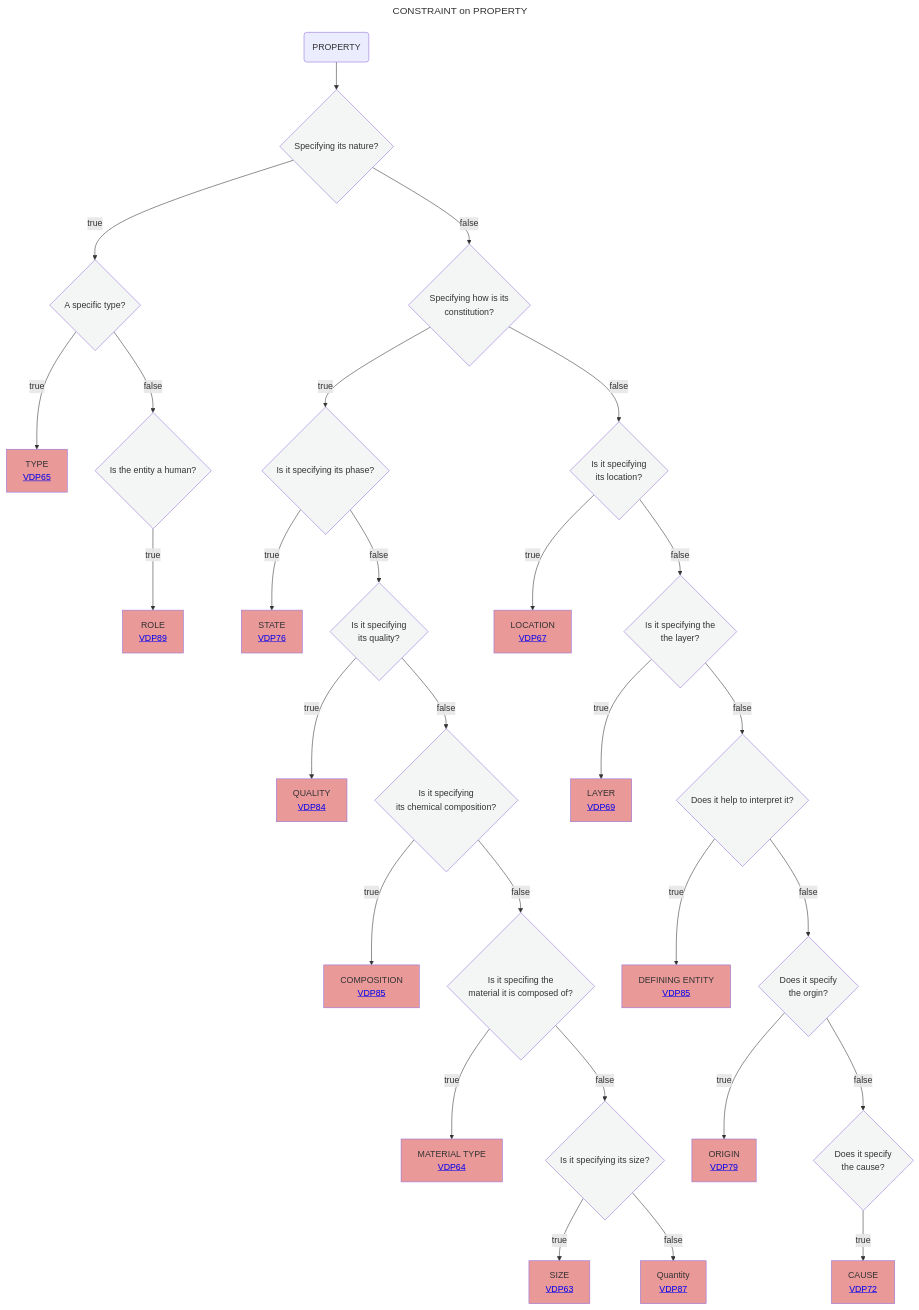
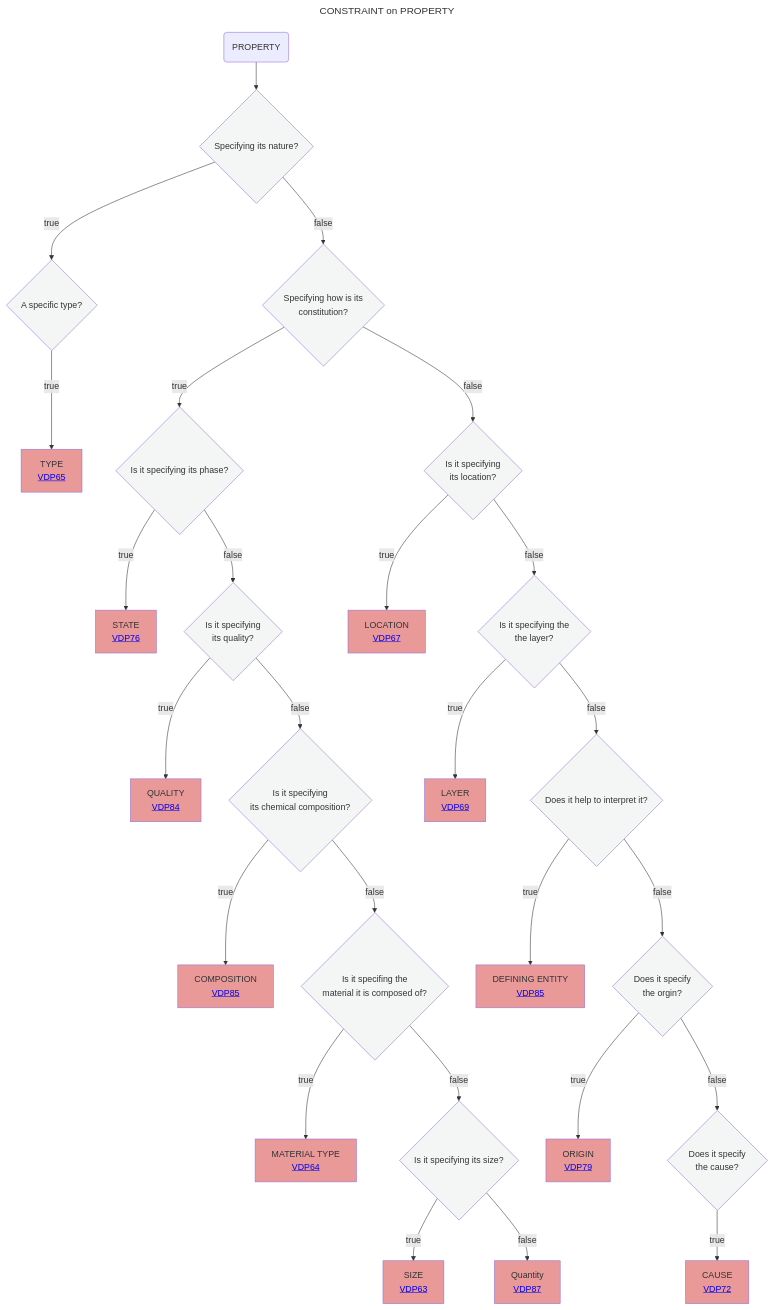
One commit to mabablue/I-ADOPT-patterns-playground changed the diagram in Decisition_trees/DT9.mmd. Above: the diagram before and after it, drawn with Mermaid.

```diff
--- a/Decisition_trees/DT9.mmd
+++ b/Decisition_trees/DT9.mmd
@@ -1,36 +1,34 @@
 ---
 title: CONSTRAINT on PROPERTY
 ---
 flowchart TD
     A(PROPERTY)  --> AB{Specifying its nature?}:::white
     AB --> |true|B{A specific type?}:::white
     AB --> |false|E{Specifying how is its <br> constitution?}:::white
     B --> |true|C[TYPE <br> <a href='https://github.com/mabablue/I-ADOPT-patterns-playground/blob/main/pattern/VDP65.yaml'>VDP65</a>]:::rose
-    B --> |false|D{Is the entity a human?}:::white
-    D --> |true|F[ROLE <br> <a href='https://github.com/mabablue/I-ADOPT-patterns-playground/blob/main/pattern/VDP89.yaml'>VDP89</a>]:::rose
     E --> |true|G{Is it specifying its phase?}:::white
     E --> |false|R{Is it specifying <br> its location?}:::white
     G --> |true|H[STATE <br> <a href='https://github.com/mabablue/I-ADOPT-patterns-playground/blob/main/pattern/VDP76.yaml'>VDP76</a>]:::rose
     G --> |false|I{Is it specifying <br> its quality?}:::white
     I --> |true|K[QUALITY <br> <a href='https://github.com/mabablue/I-ADOPT-patterns-playground/blob/main/pattern/VDP84.yaml'>VDP84</a>]:::rose
     I --> |false|L{Is it specifying <br> its chemical composition?}:::white
     L --> |true|M[COMPOSITION <br> <a href='https://github.com/mabablue/I-ADOPT-patterns-playground/blob/main/pattern/VDP85.yaml'>VDP85</a>]:::rose
     L --> |false|N{Is it specifing the <br> material it is composed of?}:::white
     N --> |true|O[MATERIAL TYPE <br> <a href='https://github.com/mabablue/I-ADOPT-patterns-playground/blob/main/pattern/VDP64.yaml'>VDP64</a>]:::rose
     N --> |false|P{Is it specifying its size?}:::white
     P --> |true|Q[SIZE <br> <a href='https://github.com/mabablue/I-ADOPT-patterns-playground/blob/main/pattern/VDP63.yaml'>VDP63</a>]:::rose
     P --> |false|QR[Quantity <br> <a href='https://github.com/mabablue/I-ADOPT-patterns-playground/blob/main/pattern/VDP87.yaml'>VDP87</a>]:::rose 
     R --> |true|S[LOCATION <br> <a href='https://github.com/mabablue/I-ADOPT-patterns-playground/blob/main/pattern/VDP67.yaml'>VDP67</a>]:::rose 
     R --> |false|T{Is it specifying the <br> the layer?}:::white
     T --> |true|U[LAYER <br> <a href='https://github.com/mabablue/I-ADOPT-patterns-playground/blob/main/pattern/VDP69.yaml'>VDP69</a>]:::rose
     T --> |false|V{Does it help to interpret it?}:::white
     V --> |true|W[DEFINING ENTITY <br> <a href='https://github.com/mabablue/I-ADOPT-patterns-playground/blob/main/pattern/VDP85.yaml'>VDP85</a>]:::rose
     V --> |false|VW{Does it specify <br> the orgin?}:::white
     VW --> |true|WV[ORIGIN <br> <a href='https://github.com/mabablue/I-ADOPT-patterns-playground/blob/main/pattern/VDP79.yaml'>VDP79</a>]:::rose
     VW --> |false|X{Does it specify <br> the cause?}:::white
     X --> |true|Y[CAUSE <br> <a href='https://github.com/mabablue/I-ADOPT-patterns-playground/blob/main/pattern/VDP72.yaml'>VDP72</a>]:::rose
    classDef blue fill:#90D5FF
    classDef satblue fill:#57B9FF 
    classDef white fill:#f3f6f4
    classDef green fill:#6aa84f
    classDef rose fill:#ea9999
```
